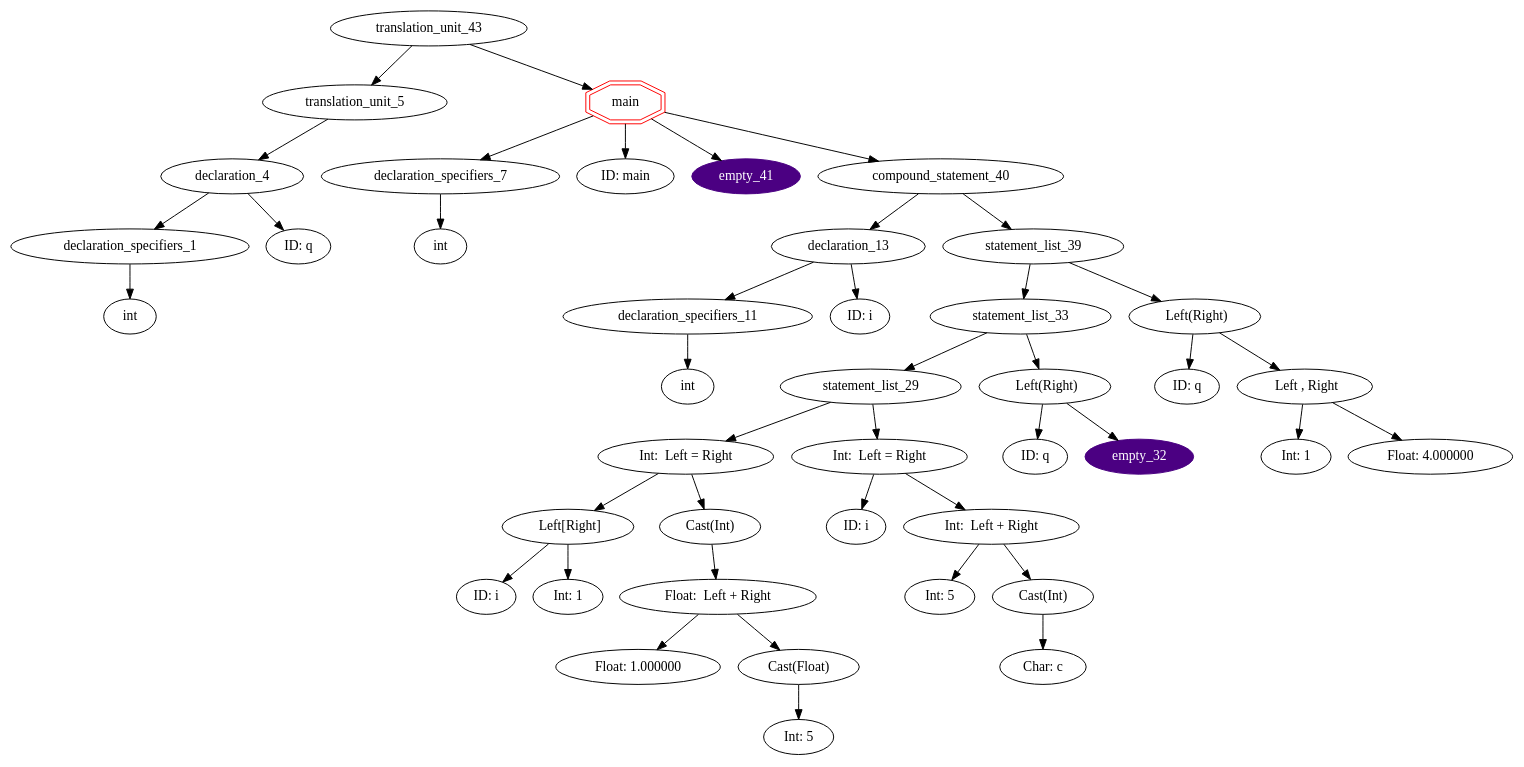
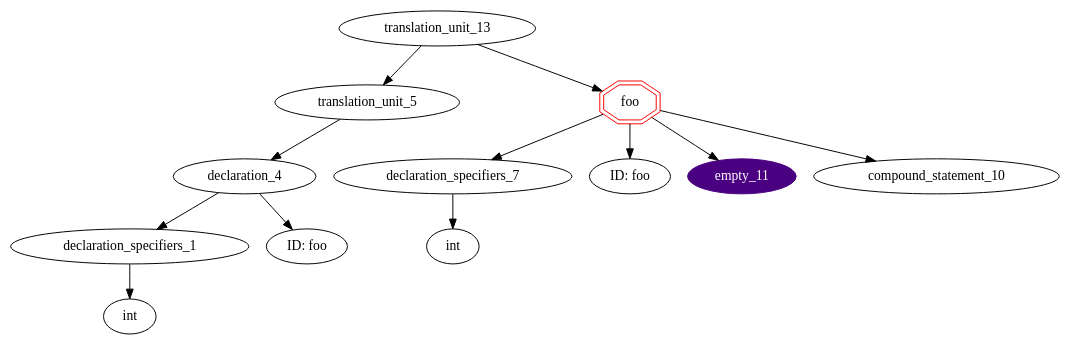
One commit to ahpalmerUNR/c_compiler changed the diagram in graphs/default.gv. Above: the diagram before and after it, drawn with Graphviz. The commit also changed 4 other files, not shown here.

```diff
--- a/graphs/default.gv
+++ b/graphs/default.gv
@@ -1,79 +1,22 @@
 digraph AST {
-	translation_unit_43 -> translation_unit_5;
+	translation_unit_13 -> translation_unit_5;
 	translation_unit_5 -> declaration_4;
 	declaration_4 [label="declaration_4"]
 	declaration_4 -> declaration_specifiers_1;
 	declaration_specifiers_1 [label="declaration_specifiers_1"]
 	declaration_specifiers_1 -> type_specifier_0;
 	type_specifier_0 [label="int"]
 	declaration_4 -> identifier_2;
-	identifier_2 [label="ID: q"]
-	translation_unit_43 -> function_definition_42;
-	function_definition_42 [shape=doubleoctagon,color=red,label="main"]
-	function_definition_42 -> declaration_specifiers_7;
+	identifier_2 [label="ID: foo"]
+	translation_unit_13 -> function_definition_12;
+	function_definition_12 [shape=doubleoctagon,color=red,label="foo"]
+	function_definition_12 -> declaration_specifiers_7;
 	declaration_specifiers_7 [label="declaration_specifiers_7"]
 	declaration_specifiers_7 -> type_specifier_6;
 	type_specifier_6 [label="int"]
-	function_definition_42 -> identifier_8;
-	identifier_8 [label="ID: main"]
-	function_definition_42 -> empty_41;
-	empty_41 [style=filled,color=indigo,fontcolor=white]
-	function_definition_42 -> compound_statement_40;
-	compound_statement_40 -> declaration_13;
-	declaration_13 [label="declaration_13"]
-	declaration_13 -> declaration_specifiers_11;
-	declaration_specifiers_11 [label="declaration_specifiers_11"]
-	declaration_specifiers_11 -> type_specifier_10;
-	type_specifier_10 [label="int"]
-	declaration_13 -> identifier_12;
-	identifier_12 [label="ID: i"]
-	compound_statement_40 -> statement_list_39;
-	statement_list_39 -> statement_list_33;
-	statement_list_33 -> statement_list_29;
-	statement_list_29 -> assignment_expression_21;
-	assignment_expression_21 [label="Int:  Left = Right"]
-	assignment_expression_21 -> postfix_expression_16;
-	postfix_expression_16 [label="  Left[Right]"]
-	postfix_expression_16 -> identifier_14;
-	identifier_14 [label="ID: i"]
-	postfix_expression_16 -> constant_15;
-	constant_15 [label="Int: 1"]
-	assignment_expression_21 -> Implicit_Cast_22;
-	Implicit_Cast_22 [label="Cast(Int)"]
-	Implicit_Cast_22 -> operator_expression_19;
-	operator_expression_19 [label="Float:  Left + Right"]
-	operator_expression_19 -> constant_17;
-	constant_17 [label="Float: 1.000000"]
-	operator_expression_19 -> Implicit_Cast20;
-	Implicit_Cast20 [label="Cast(Float)"]
-	Implicit_Cast20 -> constant_18;
-	constant_18 [label="Int: 5"]
-	statement_list_29 -> assignment_expression_28;
-	assignment_expression_28 [label="Int:  Left = Right"]
-	assignment_expression_28 -> identifier_23;
-	identifier_23 [label="ID: i"]
-	assignment_expression_28 -> operator_expression_26;
-	operator_expression_26 [label="Int:  Left + Right"]
-	operator_expression_26 -> constant_24;
-	constant_24 [label="Int: 5"]
-	operator_expression_26 -> Implicit_Cast27;
-	Implicit_Cast27 [label="Cast(Int)"]
-	Implicit_Cast27 -> constant_25;
-	constant_25 [label="Char: c"]
-	statement_list_33 -> postfix_expression_31;
-	postfix_expression_31 [label="  Left(Right)"]
-	postfix_expression_31 -> identifier_30;
-	identifier_30 [label="ID: q"]
-	postfix_expression_31 -> empty_32;
-	empty_32 [style=filled,color=indigo,fontcolor=white]
-	statement_list_39 -> postfix_expression_38;
-	postfix_expression_38 [label="  Left(Right)"]
-	postfix_expression_38 -> identifier_34;
-	identifier_34 [label="ID: q"]
-	postfix_expression_38 -> argument_expression_list_37;
-	argument_expression_list_37 [label="  Left , Right"]
-	argument_expression_list_37 -> constant_35;
-	constant_35 [label="Int: 1"]
-	argument_expression_list_37 -> constant_36;
-	constant_36 [label="Float: 4.000000"]
+	function_definition_12 -> identifier_8;
+	identifier_8 [label="ID: foo"]
+	function_definition_12 -> empty_11;
+	empty_11 [style=filled,color=indigo,fontcolor=white]
+	function_definition_12 -> compound_statement_10;
 }
```
